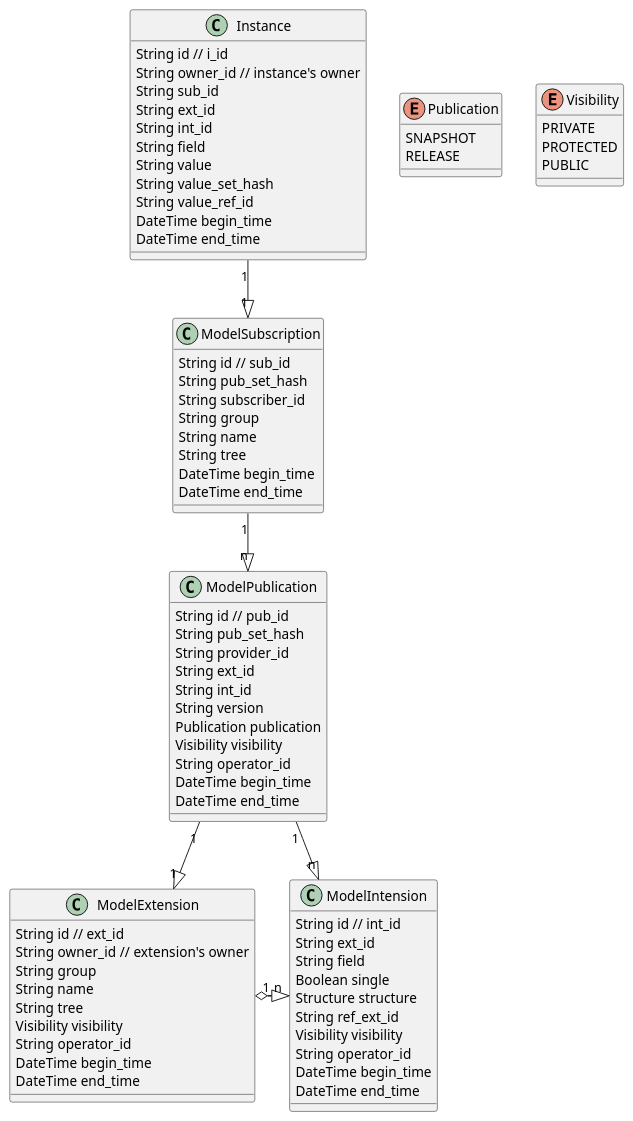
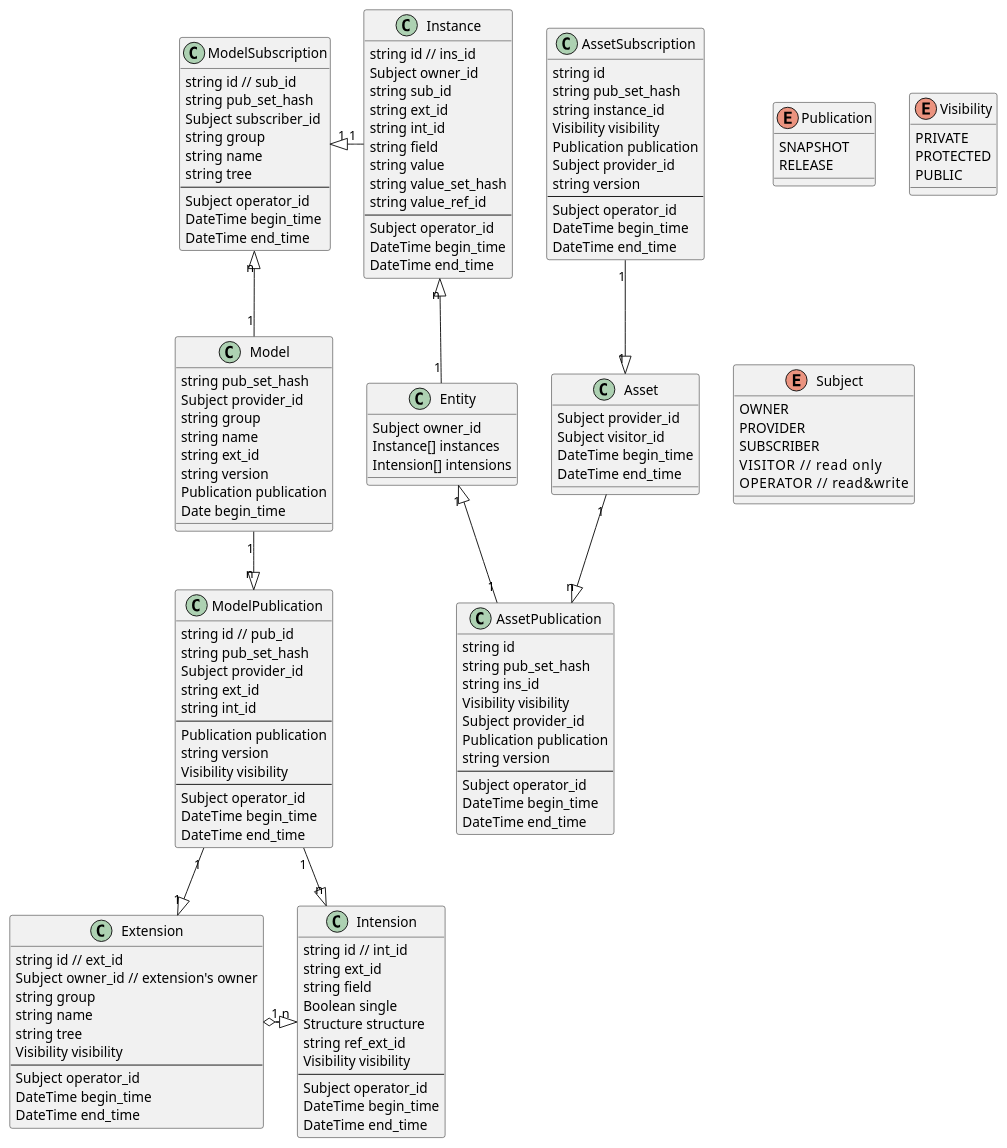
The diagram in metamate.puml (SINeWang/kiimate), drawn with PlantUML before and after one commit.

```diff
--- a/metamate.puml
+++ b/metamate.puml
@@ -1,100 +1,169 @@
 @startuml
 
 
-ModelSubscription "1" --|>  "n" ModelPublication
-
-ModelPublication "1" --|>  "1" ModelExtension
-ModelPublication "1" --|>  "n" ModelIntension
-
-Instance "1" --|>  "1" ModelSubscription
-
 'Instance "1" --|>  "n" InstanceTag
 
+Instance "1" --left-|>  "1" ModelSubscription
 
-ModelExtension "1" o--right--|> "n" ModelIntension
+Model "1" -up-|>  "n" ModelSubscription
 
-class ModelExtension {
-    String id // ext_id
-    String owner_id // extension's owner
-    String group
-    String name
-    String tree
-    Visibility visibility
-    String operator_id
+Model "1" --|>  "n" ModelPublication
+
+ModelPublication "1" --|>  "1" Extension
+ModelPublication "1" --|>  "n" Intension
+
+Extension "1" o--right--|> "n" Intension
+
+Entity "1" -up-|> "n" Instance
+
+AssetPublication "1" -up-|> "1" Entity
+
+AssetSubscription "1" -down-|> "1" Asset
+
+Asset "1" --|> "n" AssetPublication
+
+class Asset {
+    Subject provider_id
+    Subject visitor_id
     DateTime begin_time
     DateTime end_time
 }
 
-class ModelIntension {
-    String id // int_id
-    String ext_id
-    String field
+class AssetSubscription{
+    string id
+    string pub_set_hash
+    string instance_id
+    Visibility visibility
+    Publication publication
+    Subject provider_id
+    string version
+    ---
+    Subject operator_id
+    DateTime begin_time
+    DateTime end_time
+}
+
+class AssetPublication{
+    string id
+    string pub_set_hash
+    string ins_id
+    Visibility visibility
+    Subject provider_id
+    Publication publication
+    string version
+    ---
+    Subject operator_id
+    DateTime begin_time
+    DateTime end_time
+}
+
+class Entity {
+    Subject owner_id
+    Instance[] instances
+    Intension[] intensions
+}
+
+class Model {
+    string pub_set_hash
+    Subject provider_id
+    string group
+    string name
+    string ext_id
+    string version
+    Publication publication
+    Date begin_time
+}
+
+class Extension {
+    string id // ext_id
+    Subject owner_id // extension's owner
+    string group
+    string name
+    string tree
+    Visibility visibility
+    ---
+    Subject operator_id
+    DateTime begin_time
+    DateTime end_time
+}
+
+class Intension {
+    string id // int_id
+    string ext_id
+    string field
     Boolean single
     Structure structure
-    String ref_ext_id
+    string ref_ext_id
     Visibility visibility
-    String operator_id
+    ---
+    Subject operator_id
     DateTime begin_time
     DateTime end_time
 }
 
 class ModelPublication {
-    String id // pub_id
-    String pub_set_hash
-    String provider_id
-    String ext_id
-    String int_id
-    String version
+    string id // pub_id
+    string pub_set_hash
+    Subject provider_id
+    string ext_id
+    string int_id
+    ---
     Publication publication
+    string version
     Visibility visibility
-    String operator_id
+    ---
+    Subject operator_id
     DateTime begin_time
     DateTime end_time
 }
 
 class ModelSubscription {
-    String id // sub_id
-    String pub_set_hash
-    String subscriber_id
-    String group
-    String name
-    String tree
+    string id // sub_id
+    string pub_set_hash
+    Subject subscriber_id
+    string group
+    string name
+    string tree
+    ---
+    Subject operator_id
+    DateTime begin_time
+    DateTime end_time
+}
+
+class Instance {
+    string id // ins_id
+    Subject owner_id
+    string sub_id
+    string ext_id
+    string int_id
+    string field
+    string value
+    string value_set_hash
+    string value_ref_id
+    ---
+    Subject operator_id
     DateTime begin_time
     DateTime end_time
 }
 
 enum Publication {
     SNAPSHOT
     RELEASE
 }
 
 enum Visibility {
     PRIVATE
     PROTECTED
     PUBLIC
 }
 
-class Instance {
-    String id // i_id
-    String owner_id // instance's owner
-    String sub_id
-    String ext_id
-    String int_id
-    String field
-    String value
-    String value_set_hash
-    String value_ref_id
-    DateTime begin_time
-    DateTime end_time
+enum Subject {
+    OWNER
+    PROVIDER
+    SUBSCRIBER
+    VISITOR     // read only
+    OPERATOR    // read&write
 }
 
-'class InstanceTag {
-'    String id // i_tag_id
-'    String owner_id // instance's owner
-'    String[] i_id
-'    Publication publication
-'    DateTime created_at
-'    Visibility visibility
-'}
 
 @enduml
```
